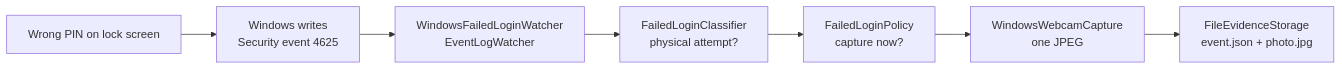
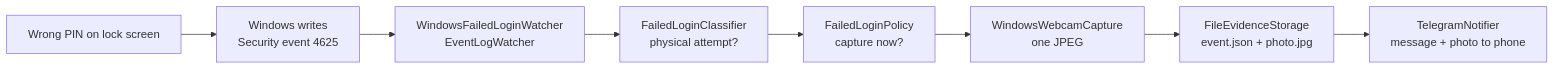
The diagram in README.md (DeniMiljevic/SecurityMonitor), drawn with Mermaid before and after one commit. The commit also changed other lines of this file, not shown here.

Commit message:
Update README with Telegram and accurate status

````diff
--- a/README.md
+++ b/README.md
@@ -53,9 +54,10 @@
 ```mermaid
 flowchart LR
     A[Wrong PIN on lock screen] --> B[Windows writes<br/>Security event 4625]
     B --> C[WindowsFailedLoginWatcher<br/>EventLogWatcher]
     C --> D[FailedLoginClassifier<br/>physical attempt?]
     D --> E[FailedLoginPolicy<br/>capture now?]
     E --> F[WindowsWebcamCapture<br/>one JPEG]
     F --> G[FileEvidenceStorage<br/>event.json + photo.jpg]
+    G --> H[TelegramNotifier<br/>message + photo to phone]
 ```
````
